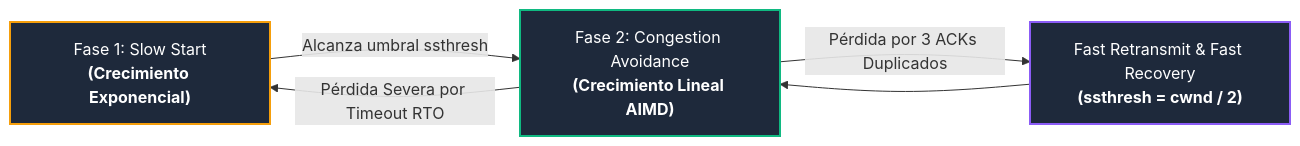
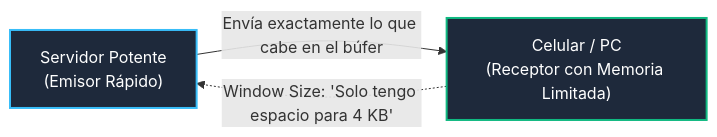
Before and after one commit to ch4rf/redes-computadoras: the fourth of 4 diagrams in Teoria/Modulo_1_Capa_Transporte/02_Protocolo_TCP.md, drawn with Mermaid. The commit also changed other lines of this file and 14 other files, not shown here.

````diff
--- a/Teoria/Modulo_1_Capa_Transporte/02_Protocolo_TCP.md
+++ b/Teoria/Modulo_1_Capa_Transporte/02_Protocolo_TCP.md
@@ -109,11 +116,8 @@
 ```mermaid
 flowchart LR
-    A["Fase 1: Slow Start<br/><b>(Crecimiento Exponencial)</b>"] -->|"Alcanza umbral ssthresh"| B["Fase 2: Congestion Avoidance<br/><b>(Crecimiento Lineal AIMD)</b>"]
-    B -->|"Pérdida por 3 ACKs Duplicados"| C["Fast Retransmit & Fast Recovery<br/><b>(ssthresh = cwnd / 2)</b>"]
-    B -->|"Pérdida Severa por Timeout RTO"| A
-    C --> B
+    Servidor["Servidor Potente<br/>(Emisor Rápido)"] -->|"Envía exactamente lo que cabe en el búfer"| Celular["Celular / PC<br/>(Receptor con Memoria Limitada)"]
+    Celular -.->|"Window Size: 'Solo tengo espacio para 4 KB'"| Servidor
 
-    style A fill:#1e293b,stroke:#f59e0b,stroke-width:2px,color:#fff
-    style B fill:#1e293b,stroke:#10b981,stroke-width:2px,color:#fff
-    style C fill:#1e293b,stroke:#8b5cf6,stroke-width:2px,color:#fff
+    style Servidor fill:#1e293b,stroke:#38bdf8,stroke-width:2px,color:#fff
+    style Celular fill:#1e293b,stroke:#10b981,stroke-width:2px,color:#fff
 ```
````
